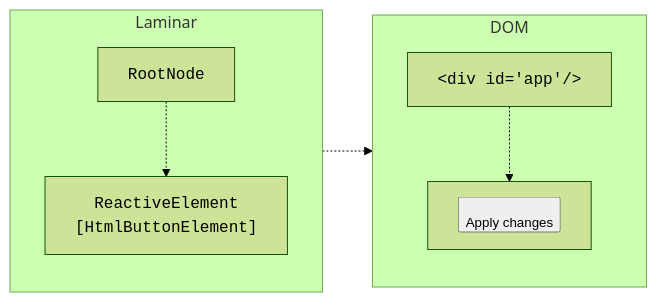
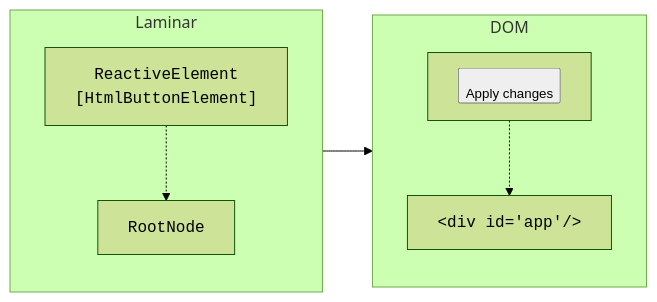
Before and after one commit to jchapuis/fullstackscala-scaladays2025: the second of 9 diagrams in slides.md, drawn with Mermaid. The commit also changed other lines of this file and 2 other files, not shown here.

````diff
--- a/slides.md
+++ b/slides.md
@@ -405,23 +457,23 @@
 ```mermaid
 %%{init: { "theme": "forest", "themeVariables": { "fontFamily": "monospace" } }}%%
 
 flowchart LR
   subgraph DOM
     direction TB
     DOMRoot["&lt;div id='app'/&gt;"]
     ButtonEl["<button>\nApply changes</button>"]
-    DOMRoot-.->ButtonEl
+    ButtonEl-.->DOMRoot
   end
 
   subgraph Laminar
     direction TB
     LaminarRoot["RootNode"]
     LaminarButton["ReactiveElement\n[HtmlButtonElement]"]
-    LaminarRoot-.->LaminarButton
+    LaminarButton-.->LaminarRoot
   end
 
-  Laminar-.-> DOM
+  Laminar-->DOM
   
   classDef codeStyle font-family:monospace;
   class DOMRoot,ButtonEl,LaminarRoot,LaminarButton codeStyle;
 ```
````
